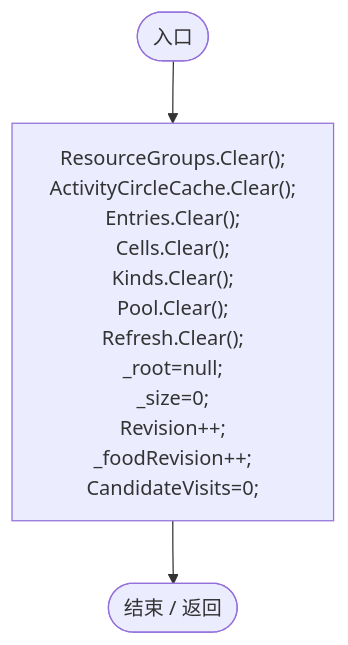
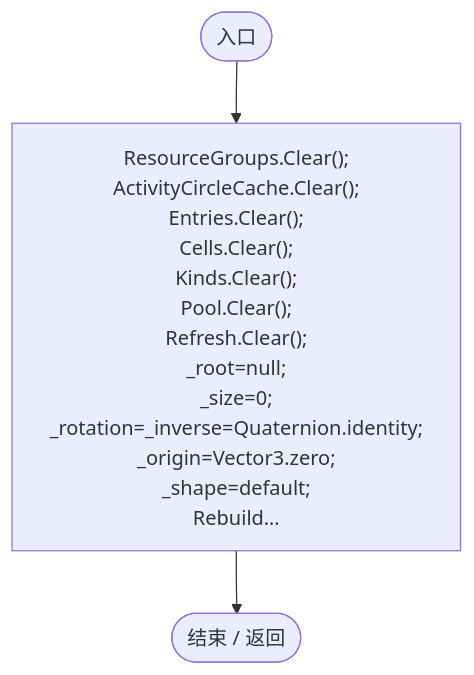
Before and after one commit to xhs6666/Darwin_paradise: diagram 25 of 26 in Docs/运行流程图/脚本/93d731ac01e3af48.md, drawn with Mermaid. The commit also changed other lines of this file and 297 other files, not shown here.

````diff
--- a/Docs/运行流程图/脚本/93d731ac01e3af48.md
+++ b/Docs/运行流程图/脚本/93d731ac01e3af48.md
@@ -749,9 +1031,9 @@
 ```mermaid
 flowchart TD
   b0(["入口"])
-  b1["ResourceGroups.Clear();<br/>ActivityCircleCache.Clear();<br/>Entries.Clear();<br/>Cells.Clear();<br/>Kinds.Clear();<br/>Pool.Clear();<br/>Refresh.Clear();<br/>_root=null;<br/>_size=0;<br/>Revision++;<br/>_foodRevision++;<br/>CandidateVisits=0;"]
+  b1["ResourceGroups.Clear();<br/>ActivityCircleCache.Clear();<br/>Entries.Clear();<br/>Cells.Clear();<br/>Kinds.Clear();<br/>Pool.Clear();<br/>Refresh.Clear();<br/>_root=null;<br/>_size=0;<br/>_rotation=_inverse=Quaternion.identity;<br/>_origin=Vector3.zero;<br/>_shape=default;<br/>Rebuild…"]
   b2(["结束 / 返回"])
   b0 --> b1
   b1 --> b2
 
 ```
````
